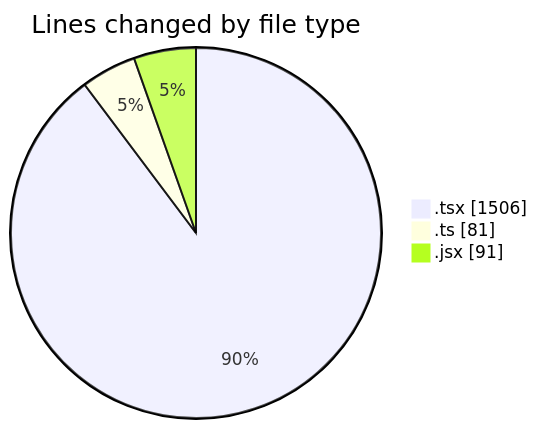
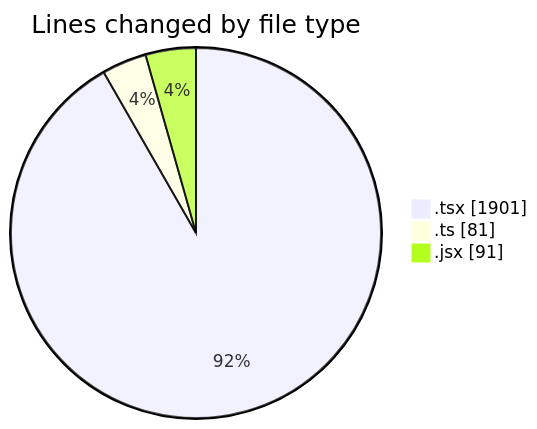
One commit to momahboobian/code-tracking changed the first of 2 diagrams in 2026-04-27/cda/README.md. Above: the diagram before and after it, drawn with Mermaid. The commit also changed other lines of this file and 1 other file, not shown here.

````diff
--- a/2026-04-27/cda/README.md
+++ b/2026-04-27/cda/README.md
@@ -31,7 +31,7 @@
 ```mermaid
 pie showData
 title Lines changed by file type
-".tsx" : 1506
+".tsx" : 1901
 ".ts" : 81
 ".jsx" : 91
 ```
````
